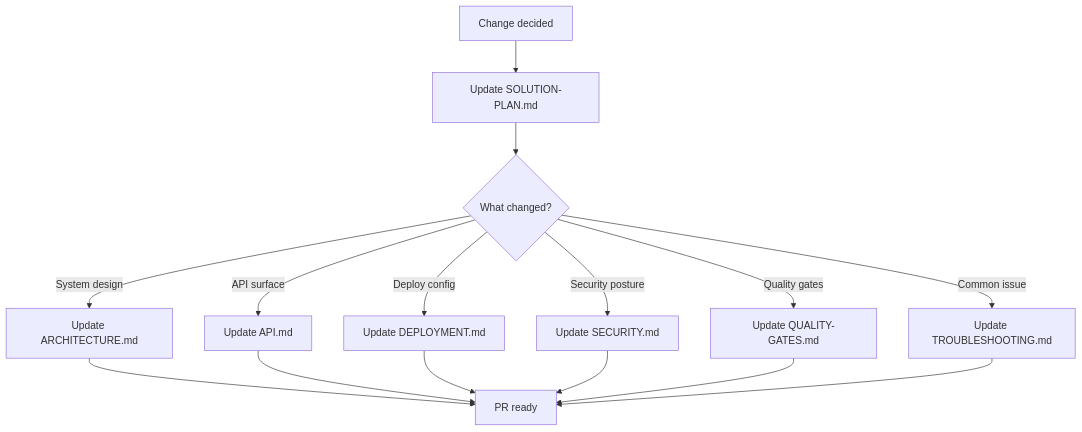
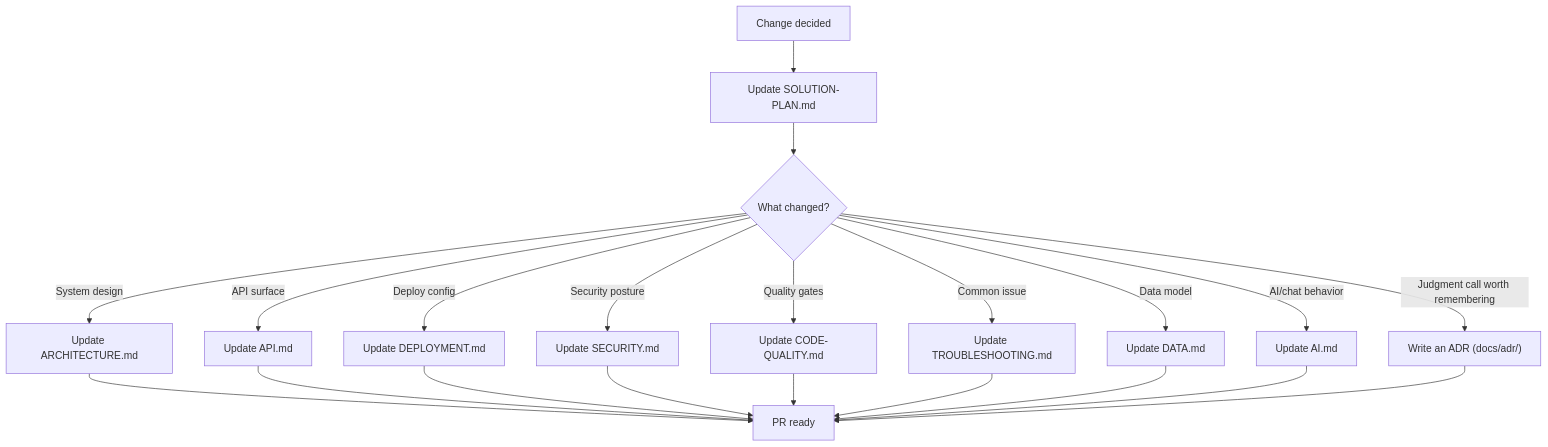
Before and after one commit to Oweeboi011/Fit-Ready-IQ: diagram 18 of 18 in docs/solution-plan/SOLUTION-PLAN.md, drawn with Mermaid. The commit also changed other lines of this file, not shown here.

````diff
--- a/docs/solution-plan/SOLUTION-PLAN.md
+++ b/docs/solution-plan/SOLUTION-PLAN.md
@@ -1077,17 +1108,23 @@
 ```mermaid
 flowchart TD
     A["Change decided"] --> B["Update SOLUTION-PLAN.md"]
     B --> C{What changed?}
     C -->|System design| D["Update ARCHITECTURE.md"]
+    C -->|Data model| K["Update DATA.md"]
     C -->|API surface| E["Update API.md"]
     C -->|Deploy config| F["Update DEPLOYMENT.md"]
     C -->|Security posture| G["Update SECURITY.md"]
-    C -->|Quality gates| H["Update QUALITY-GATES.md"]
+    C -->|Quality gates| H["Update CODE-QUALITY.md"]
+    C -->|AI/chat behavior| L["Update AI.md"]
     C -->|Common issue| I["Update TROUBLESHOOTING.md"]
+    C -->|Judgment call worth remembering| M["Write an ADR (docs/adr/)"]
     D --> J["PR ready"]
     E --> J
     F --> J
     G --> J
     H --> J
     I --> J
+    K --> J
+    L --> J
+    M --> J
 ```
````
